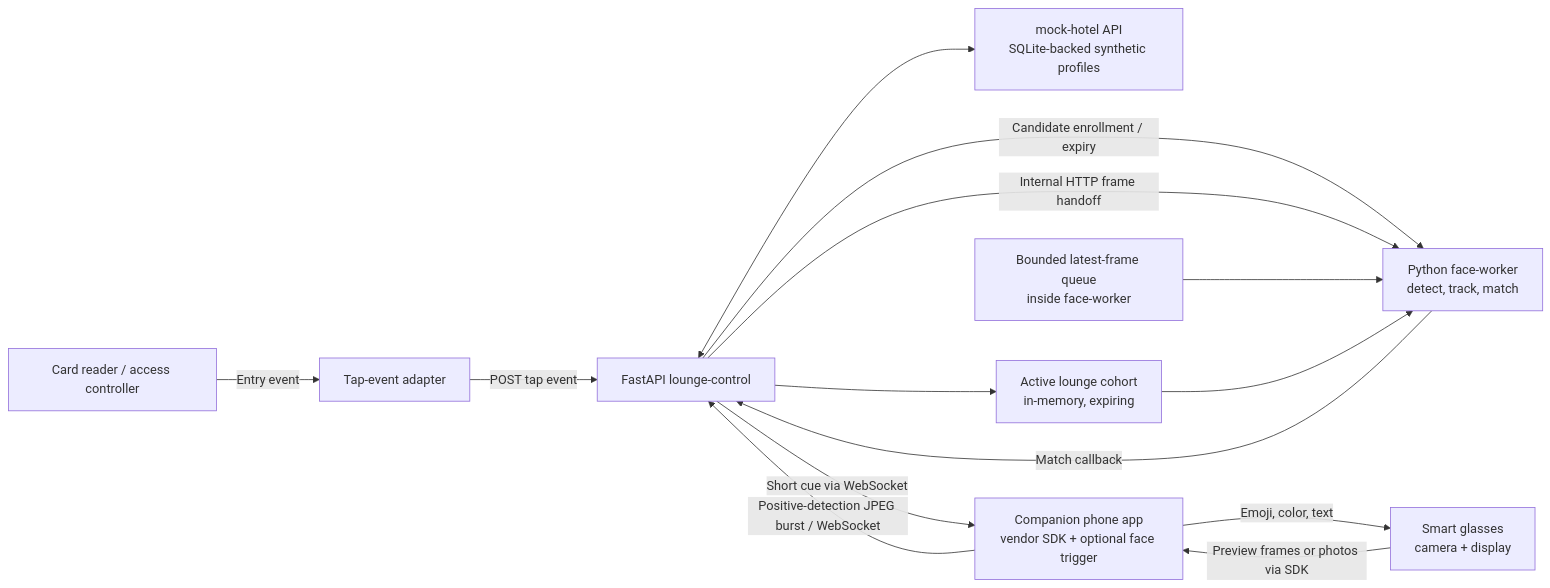
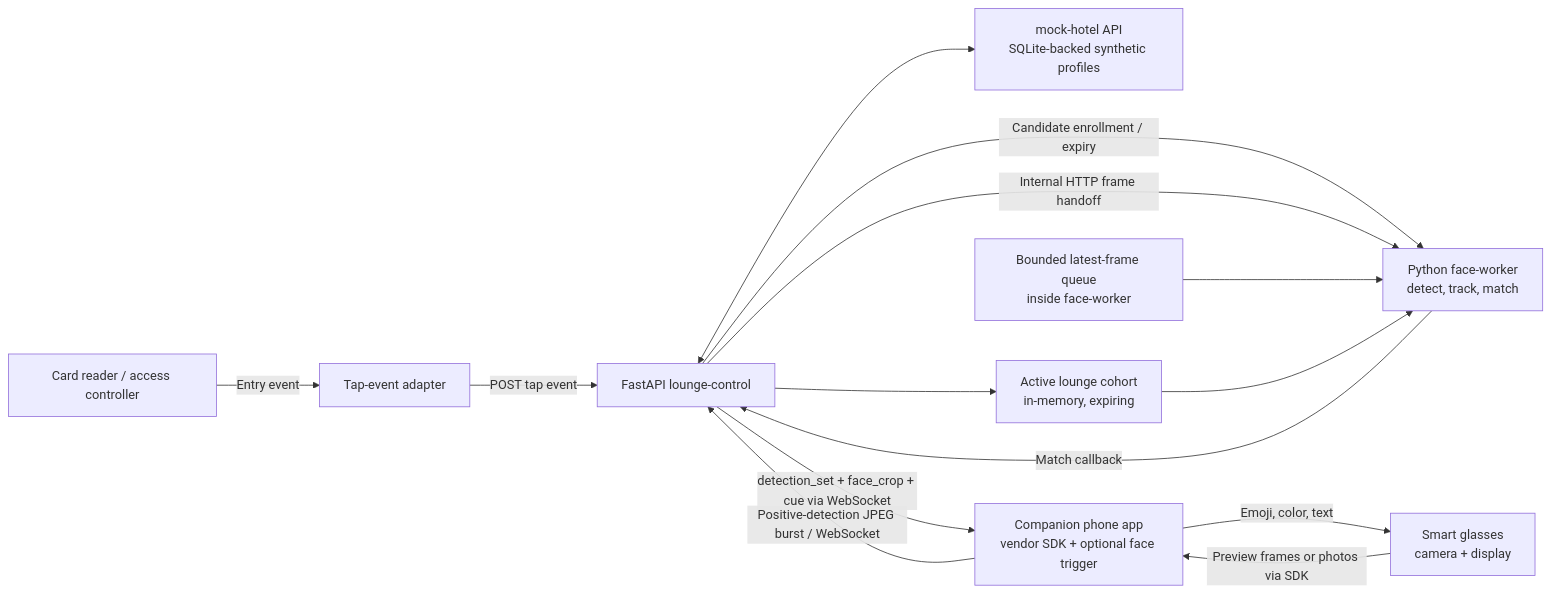
The diagram in docs/architecture/hotel-lounge-smart-glasses-poc.md (wongwh2002/CDE4301-Hotel-Hospitality), drawn with Mermaid before and after one commit. The commit also changed other lines of this file and 36 other files, not shown here.

Commit message:
feat: return multi-face guest cards over WebSocket

````diff
--- a/docs/architecture/hotel-lounge-smart-glasses-poc.md
+++ b/docs/architecture/hotel-lounge-smart-glasses-poc.md
@@ -28,26 +28,26 @@
 ```mermaid
 flowchart LR
     Reader[Card reader / access controller]
     Adapter[Tap-event adapter]
     Control[FastAPI lounge-control]
     GuestData[mock-hotel API<br/>SQLite-backed synthetic profiles]
     Cohort[Active lounge cohort<br/>in-memory, expiring]
     Vision[Python face-worker<br/>detect, track, match]
     Queue[Bounded latest-frame queue<br/>inside face-worker]
     Bridge[Companion phone app<br>vendor SDK + optional face trigger]
     Glasses[Smart glasses<br/>camera + display]
 
     Reader -->|Entry event| Adapter
     Adapter -->|POST tap event| Control
     Control <--> GuestData
     Control --> Cohort
     Control -->|Candidate enrollment / expiry| Vision
     Glasses -->|Preview frames or photos via SDK| Bridge
     Bridge -->|Positive-detection JPEG burst / WebSocket| Control
     Control -->|Internal HTTP frame handoff| Vision
     Queue --> Vision
     Cohort --> Vision
     Vision -->|Match callback| Control
-    Control -->|Short cue via WebSocket| Bridge
+    Control -->|detection_set + face_crop + cue via WebSocket| Bridge
     Bridge -->|Emoji, color, text| Glasses
 ```
````
